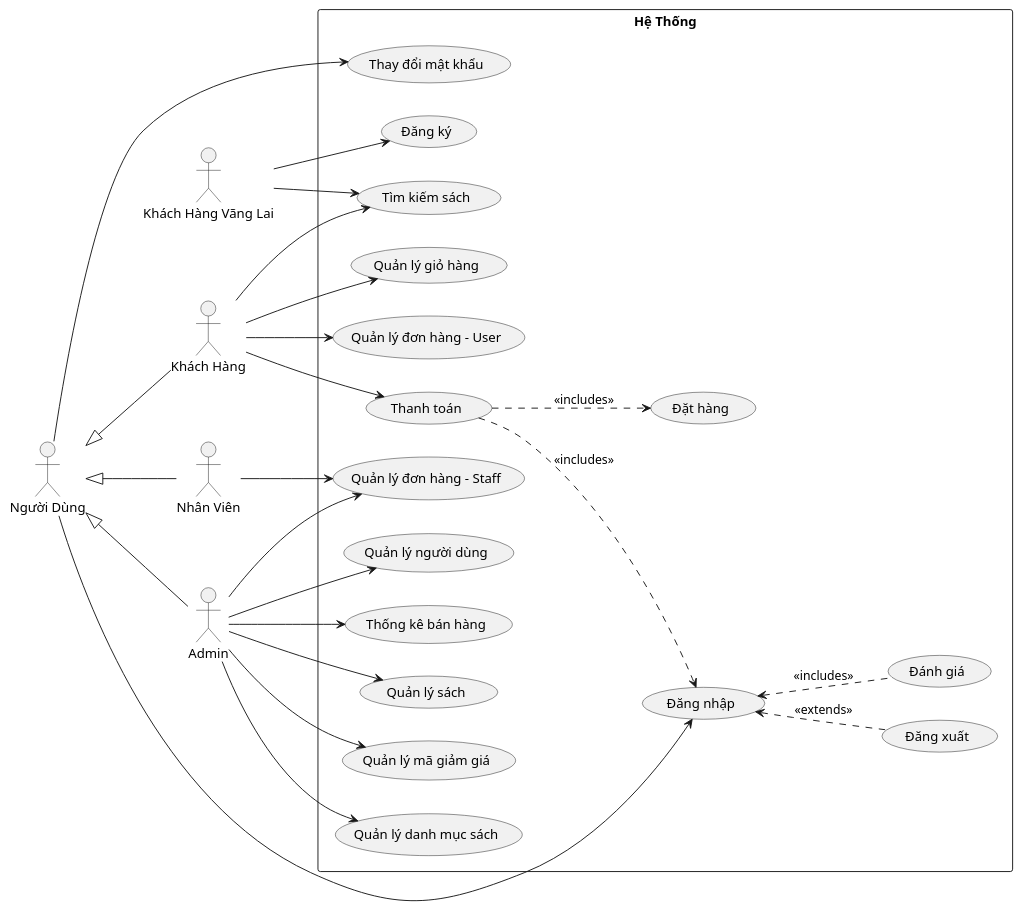
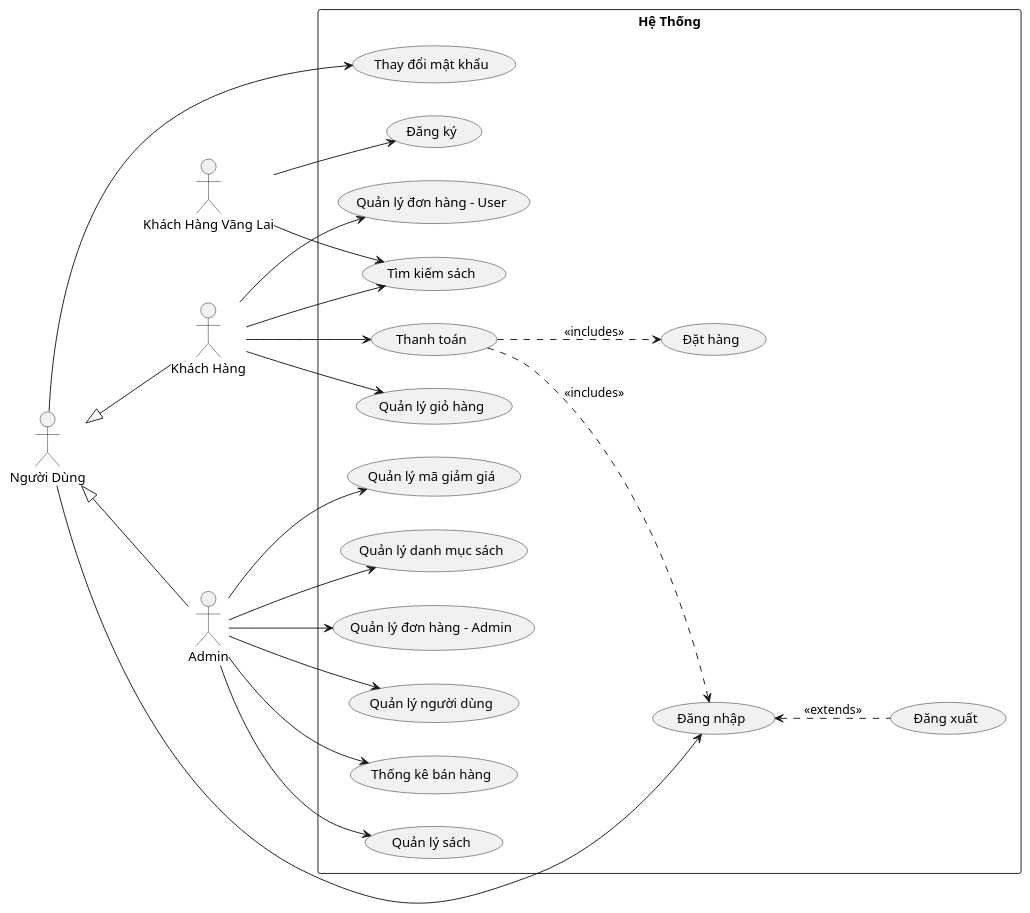
One commit to B5u2423/Bookstore-Website changed the diagram in docs/diagrams/Usecase/tong-quan/uc-tongquan.wsd. Above: the diagram before and after it, drawn with PlantUML. The commit also changed 2 other files, not shown here.

```diff
--- a/docs/diagrams/Usecase/tong-quan/uc-tongquan.wsd
+++ b/docs/diagrams/Usecase/tong-quan/uc-tongquan.wsd
@@ -1,42 +1,37 @@
 @startuml uc_tongquan
 left to right direction
 skinparam packageStyle rectangle
 
 actor "Khách Hàng Vãng Lai" as KHVL
 actor "Khách Hàng" as KH 
 actor "Người Dùng" as ND
-actor "Nhân Viên" as NV
 actor Admin as AD
 
 ND <|-- AD
-ND <|-- NV
 ND <|-- KH
 
 rectangle "Hệ Thống" {
   ND --> (Đăng nhập)
   ND --> (Thay đổi mật khẩu)
   (Đăng nhập) <.. (Đăng xuất) : <<extends>>
   (Thanh toán) ..> (Đăng nhập) : <<includes>>
 
   KHVL --> (Đăng ký)
   KHVL --> (Tìm kiếm sách)
 
   KH --> (Tìm kiếm sách)
   KH --> (Quản lý giỏ hàng)
   KH --> (Quản lý đơn hàng - User)
   KH --> (Thanh toán)
 
   (Thanh toán) ..> (Đặt hàng) : <<includes>>
-  (Đăng nhập) <.. (Đánh giá) : <<includes>>
 
-  AD --> (Quản lý đơn hàng - Staff)
+  AD --> (Quản lý đơn hàng - Admin)
   AD --> (Quản lý người dùng)
   AD --> (Thống kê bán hàng)
   AD --> (Quản lý sách)
   AD --> (Quản lý mã giảm giá)
   AD --> (Quản lý danh mục sách)
-
-  NV --> (Quản lý đơn hàng - Staff)
 }
 
 @enduml
```
